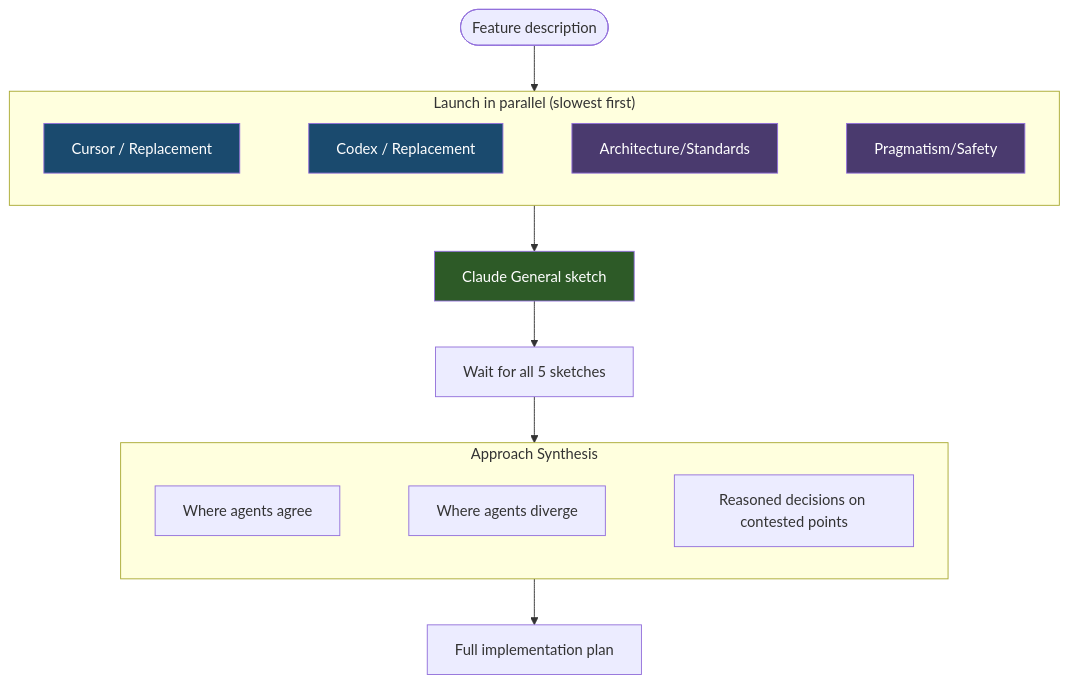
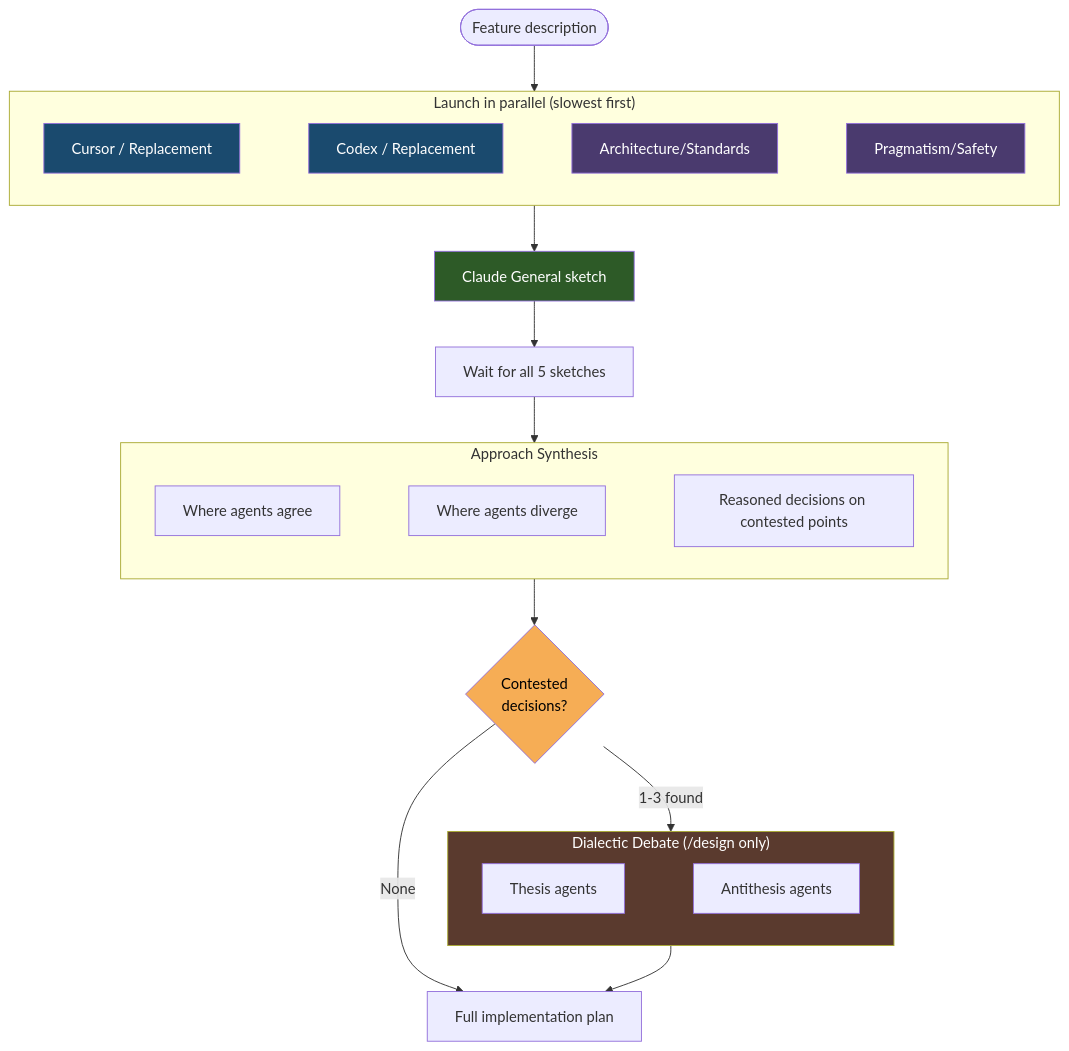
One commit to zhupanov/larch changed the diagram in docs/collaborative-sketches.md. Above: the diagram before and after it, drawn with Mermaid. The commit also changed other lines of this file and 5 other files, not shown here.

First line of the commit message:
Add dialectic debate step (2a.5) to /design skill (#39)

````diff
--- a/docs/collaborative-sketches.md
+++ b/docs/collaborative-sketches.md
@@ -49,28 +49,39 @@
 ```mermaid
 flowchart TD
     START([Feature description]) --> LAUNCH
 
     subgraph LAUNCH["Launch in parallel (slowest first)"]
         direction LR
         CURSOR[Cursor / Replacement] ~~~ CODEX[Codex / Replacement]
         CODEX ~~~ ARCH_STD[Architecture/Standards]
         ARCH_STD ~~~ PRAG[Pragmatism/Safety]
     end
 
     LAUNCH --> GENERAL[Claude General sketch]
     GENERAL --> WAIT[Wait for all 5 sketches]
     WAIT --> SYNTHESIS[Synthesis]
 
     subgraph SYNTHESIS["Approach Synthesis"]
         AGREE[Where agents agree] ~~~ DIVERGE[Where agents diverge]
         DIVERGE ~~~ DECISION[Reasoned decisions on contested points]
     end
 
-    SYNTHESIS --> PLAN[Full implementation plan]
+    SYNTHESIS --> CHECK{Contested\ndecisions?}
+    CHECK -->|None| PLAN[Full implementation plan]
+    CHECK -->|1-3 found| DIALECTIC
+
+    subgraph DIALECTIC["Dialectic Debate (/design only)"]
+        direction LR
+        THESIS[Thesis agents] ~~~ ANTITHESIS[Antithesis agents]
+    end
+
+    DIALECTIC --> PLAN
 
     style CURSOR fill:#1a4a6e,color:#fff
     style CODEX fill:#1a4a6e,color:#fff
     style ARCH_STD fill:#4a3a6e,color:#fff
     style PRAG fill:#4a3a6e,color:#fff
     style GENERAL fill:#2d5a27,color:#fff
+    style DIALECTIC fill:#5a3a2e,color:#fff
+    style CHECK fill:#f6ad55,color:#000
 ```
````
